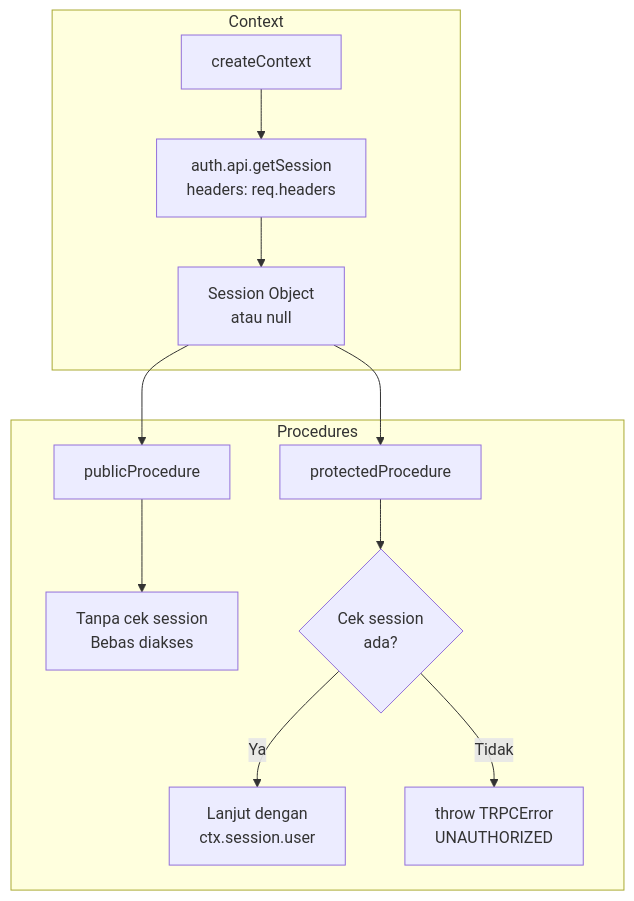
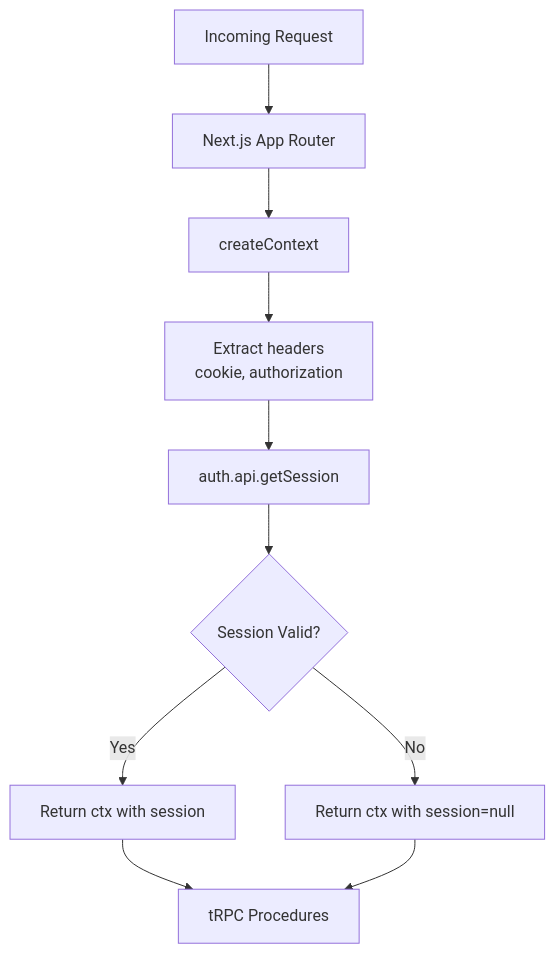
One commit to PKPL-Pusing-Kurang-Paham-Lurr/tk-2 changed diagram 16 of 18 in README.md. Above: the diagram before and after it, drawn with Mermaid. The commit also changed other lines of this file, not shown here.

````diff
--- a/README.md
+++ b/README.md
@@ -225,17 +901,12 @@
 ```mermaid
 flowchart TB
-    subgraph Context
-        A[createContext] --> B[auth.api.getSession<br/>headers: req.headers]
-        B --> C[Session Object<br/>atau null]
-    end
-    
-    subgraph Procedures
-        D[publicProcedure] --> E[Tanpa cek session<br/>Bebas diakses]
-        F[protectedProcedure] --> G{Cek session<br/>ada?}
-        G -->|Ya| H[Lanjut dengan<br/>ctx.session.user]
-        G -->|Tidak| I[throw TRPCError<br/>UNAUTHORIZED]
-    end
-    
-    C --> D
-    C --> F
+    A[Incoming Request] --> B[Next.js App Router]
+    B --> C[createContext]
+    C --> D[Extract headers<br/>cookie, authorization]
+    D --> E[auth.api.getSession]
+    E --> F{Session Valid?}
+    F -->|Yes| G[Return ctx with session]
+    F -->|No| H[Return ctx with session=null]
+    G --> I[tRPC Procedures]
+    H --> I
 ```
````
